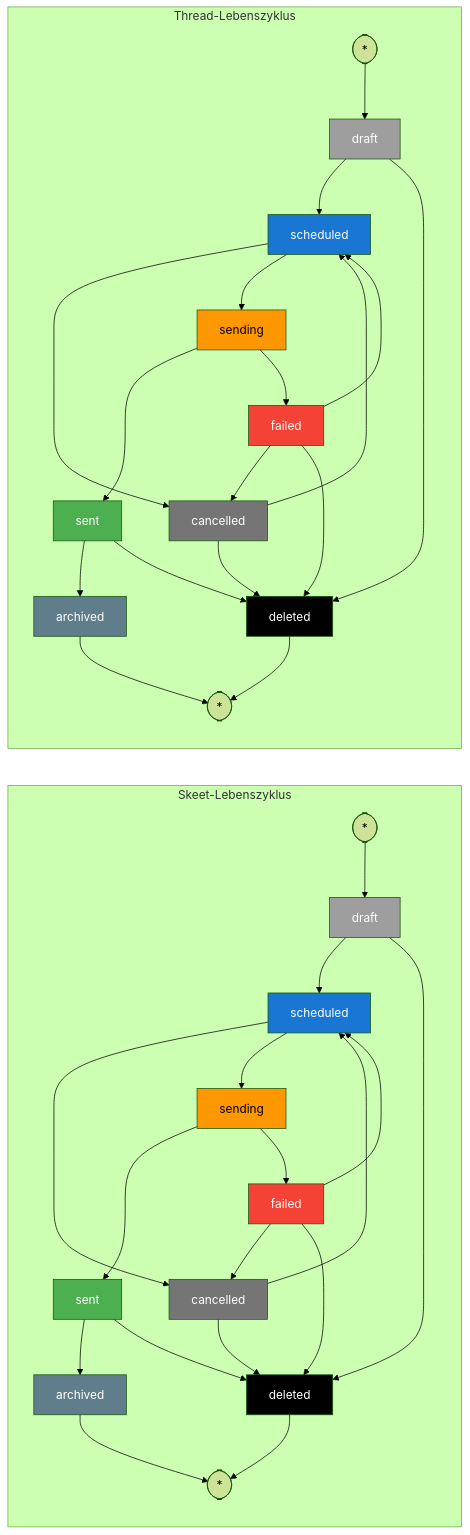
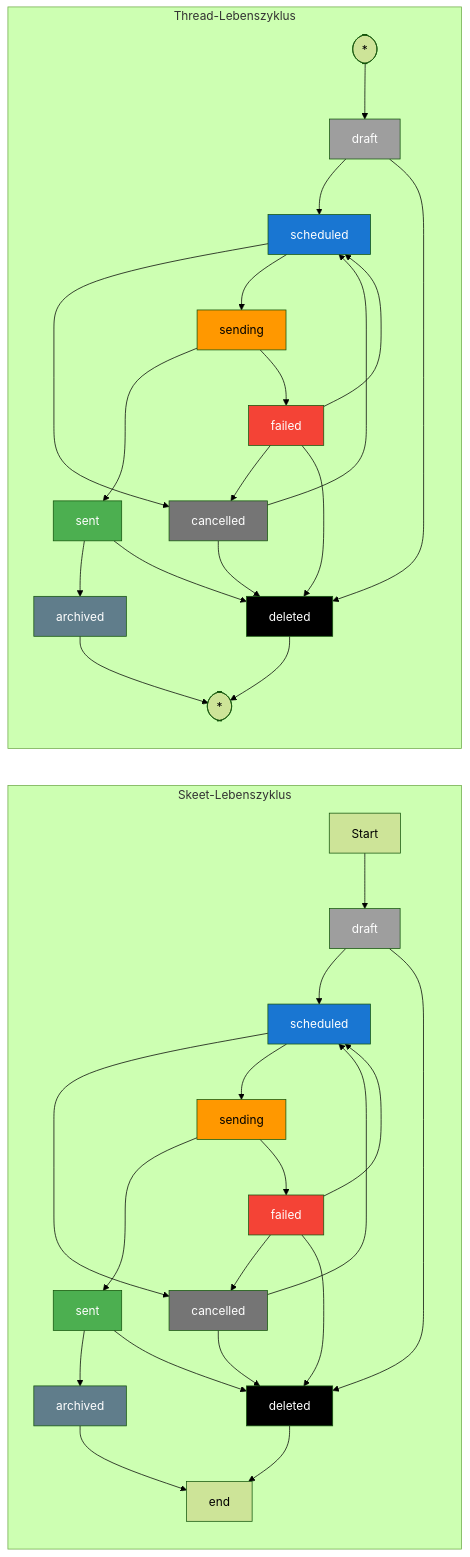
One commit to mkueper/BSky-Kampagnen-Bot changed the fifth of 5 diagrams in doc/architektur/system-architektur.md. Above: the diagram before and after it, drawn with Mermaid (forest theme). The commit also changed other lines of this file, not shown here.

Commit message:
Korrekturen an Diagrammen vorgenommen.

````diff
--- a/doc/architektur/system-architektur.md
+++ b/doc/architektur/system-architektur.md
@@ -218,75 +222,74 @@
 ```mermaid
 flowchart LR
-  %% Farbklassen zuerst definieren (GH-sicher)
   classDef draft fill:#9e9e9e,color:#fff
   classDef scheduled fill:#1976d2,color:#fff
   classDef sending fill:#ff9800,color:#000
   classDef sent fill:#4caf50,color:#fff
   classDef failed fill:#f44336,color:#fff
   classDef cancelled fill:#757575,color:#fff
   classDef archived fill:#607d8b,color:#fff
   classDef deleted fill:#000000,color:#fff
 
   subgraph Skeet [Skeet-Lebenszyklus]
     direction TB
-    skeet_start([*])
+    skeet_start["Start"]
     skeet_draft["draft"]:::draft
     skeet_scheduled["scheduled"]:::scheduled
     skeet_sending["sending"]:::sending
     skeet_sent["sent"]:::sent
     skeet_failed["failed"]:::failed
     skeet_cancelled["cancelled"]:::cancelled
     skeet_archived["archived"]:::archived
     skeet_deleted["deleted"]:::deleted
-    skeet_end([*])
+    skeet_end["end"]
 
     skeet_start --> skeet_draft
     skeet_draft --> skeet_scheduled
     skeet_draft --> skeet_deleted
     skeet_scheduled --> skeet_cancelled
     skeet_scheduled --> skeet_sending
     skeet_sending --> skeet_sent
     skeet_sending --> skeet_failed
     skeet_failed --> skeet_scheduled
     skeet_failed --> skeet_cancelled
     skeet_failed --> skeet_deleted
     skeet_cancelled --> skeet_scheduled
     skeet_cancelled --> skeet_deleted
     skeet_sent --> skeet_archived
     skeet_sent --> skeet_deleted
     skeet_deleted --> skeet_end
     skeet_archived --> skeet_end
   end
 
   subgraph Thread [Thread-Lebenszyklus]
     direction TB
     thread_start([*])
     thread_draft["draft"]:::draft
     thread_scheduled["scheduled"]:::scheduled
     thread_sending["sending"]:::sending
     thread_sent["sent"]:::sent
     thread_failed["failed"]:::failed
     thread_cancelled["cancelled"]:::cancelled
     thread_archived["archived"]:::archived
     thread_deleted["deleted"]:::deleted
     thread_end([*])
 
     thread_start --> thread_draft
     thread_draft --> thread_scheduled
     thread_draft --> thread_deleted
     thread_scheduled --> thread_cancelled
     thread_scheduled --> thread_sending
     thread_sending --> thread_sent
     thread_sending --> thread_failed
     thread_failed --> thread_scheduled
     thread_failed --> thread_cancelled
     thread_failed --> thread_deleted
     thread_cancelled --> thread_scheduled
     thread_cancelled --> thread_deleted
     thread_sent --> thread_archived
     thread_sent --> thread_deleted
     thread_deleted --> thread_end
     thread_archived --> thread_end
   end
 
 ```
````
